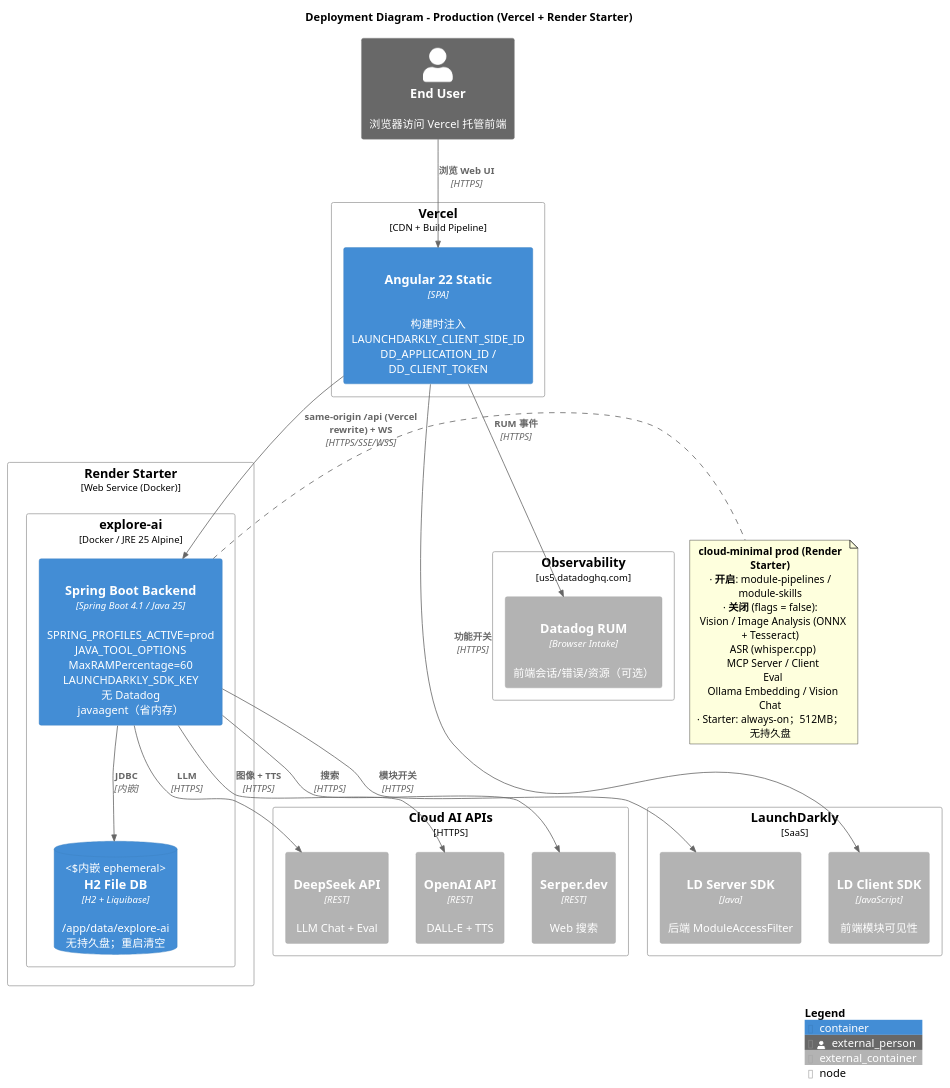
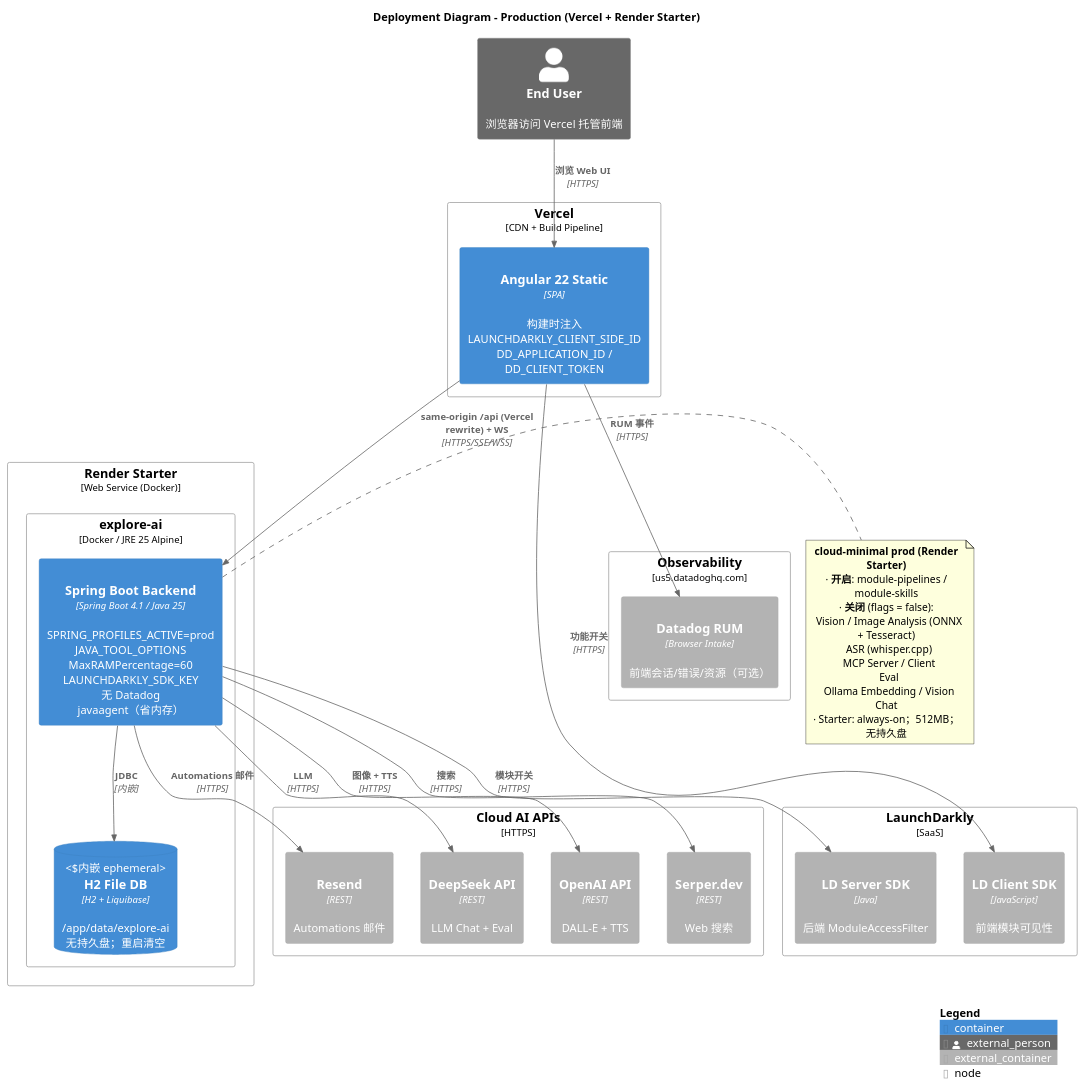
Before and after one commit to felixzhu97/explore-ai: the diagram in docs/developer/c4-model/C4-Deployment-Production.puml, drawn with PlantUML. The commit also changed 82 other files, not shown here.

```diff
--- a/docs/developer/c4-model/C4-Deployment-Production.puml
+++ b/docs/developer/c4-model/C4-Deployment-Production.puml
@@ -1,64 +1,66 @@
 @startuml C4-Deployment-Production
 !include https://raw.githubusercontent.com/plantuml-stdlib/C4-PlantUML/master/C4_Deployment.puml
 
 LAYOUT_WITH_LEGEND()
 
 title Deployment Diagram - Production (Vercel + Render Starter)
 
 Person_Ext(user, "End User", "浏览器访问 Vercel 托管前端")
 
 Deployment_Node(vercel, "Vercel", "CDN + Build Pipeline") {
     Container(angular_static, "Angular 22 Static", "SPA", "构建时注入\nLAUNCHDARKLY_CLIENT_SIDE_ID\nDD_APPLICATION_ID / DD_CLIENT_TOKEN", "HTTPS")
 }
 
 Deployment_Node(render, "Render Starter", "Web Service (Docker)") {
     Deployment_Node(explore_ai_svc, "explore-ai", "Docker / JRE 25 Alpine") {
         Container(backend, "Spring Boot Backend", "Spring Boot 4.1 / Java 25", "SPRING_PROFILES_ACTIVE=prod\nJAVA_TOOL_OPTIONS MaxRAMPercentage=60\nLAUNCHDARKLY_SDK_KEY\n无 Datadog javaagent（省内存）", "8080")
         ContainerDb(h2_ephemeral, "H2 File DB", "H2 + Liquibase", "/app/data/explore-ai\n无持久盘；重启清空", "内嵌 ephemeral")
     }
 }
 
 Deployment_Node(observability, "Observability", "us5.datadoghq.com") {
     Container_Ext(datadog_rum, "Datadog RUM", "Browser Intake", "前端会话/错误/资源（可选）", "HTTPS")
 }
 
 Deployment_Node(feature_flags, "LaunchDarkly", "SaaS") {
     Container_Ext(ld_client, "LD Client SDK", "JavaScript", "前端模块可见性", "HTTPS")
     Container_Ext(ld_server, "LD Server SDK", "Java", "后端 ModuleAccessFilter", "HTTPS")
 }
 
 Deployment_Node(cloud_ai, "Cloud AI APIs", "HTTPS") {
     Container_Ext(deepseek_api, "DeepSeek API", "REST", "LLM Chat + Eval", "HTTPS")
     Container_Ext(openai_api, "OpenAI API", "REST", "DALL-E + TTS", "HTTPS")
     Container_Ext(serper_api, "Serper.dev", "REST", "Web 搜索", "HTTPS")
+    Container_Ext(resend_api, "Resend", "REST", "Automations 邮件", "HTTPS")
 }
 
 ' ============================================================
 ' RELATIONSHIPS
 ' ============================================================
 Rel(user, angular_static, "浏览 Web UI", "HTTPS")
 Rel(angular_static, backend, "same-origin /api (Vercel rewrite) + WS", "HTTPS/SSE/WSS")
 Rel(angular_static, datadog_rum, "RUM 事件", "HTTPS")
 Rel(angular_static, ld_client, "功能开关", "HTTPS")
 
 Rel(backend, h2_ephemeral, "JDBC", "内嵌")
 Rel(backend, ld_server, "模块开关", "HTTPS")
 
 Rel(backend, deepseek_api, "LLM", "HTTPS")
 Rel(backend, openai_api, "图像 + TTS", "HTTPS")
 Rel(backend, serper_api, "搜索", "HTTPS")
+Rel(backend, resend_api, "Automations 邮件", "HTTPS")
 
 note right of backend
   **cloud-minimal prod (Render Starter)**
   · **开启**: module-pipelines / module-skills
   · **关闭** (flags = false):
     Vision / Image Analysis (ONNX + Tesseract)
     ASR (whisper.cpp)
     MCP Server / Client
     Eval
     Ollama Embedding / Vision Chat
   · Starter: always-on；512MB；无持久盘
 end note
 
 SHOW_LEGEND()
 @enduml
```
